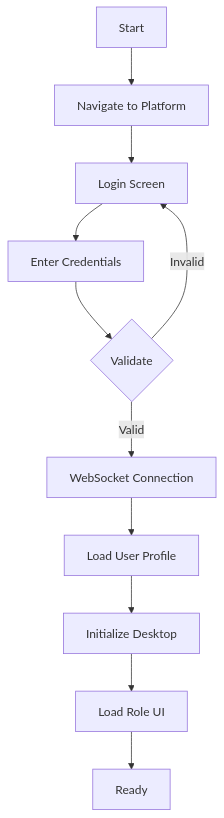
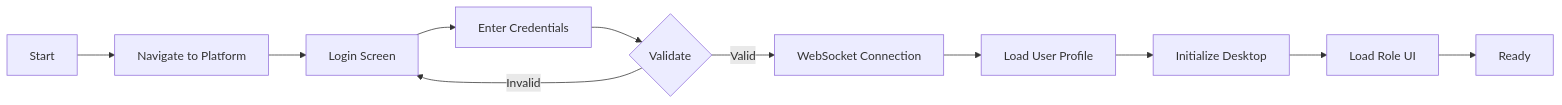
The first of 9 diagrams in docs/SEN3781_Assignment4_Information_Architecture_Report.md (RoundRobinHood/cogniflight-cloud), drawn with Mermaid before and after one commit. The commit also changed other lines of this file, not shown here.

Commit message:
made diagrams to move horizontally

````diff
--- a/docs/SEN3781_Assignment4_Information_Architecture_Report.md
+++ b/docs/SEN3781_Assignment4_Information_Architecture_Report.md
@@ -134,13 +134,13 @@
 ```mermaid
-flowchart TD
+flowchart LR
     A[Start] --> B[Navigate to Platform]
     B --> C[Login Screen]
     C --> D[Enter Credentials]
     D --> E{Validate}
     E -->|Valid| F[WebSocket Connection]
     E -->|Invalid| C
     F --> G[Load User Profile]
     G --> H[Initialize Desktop]
     H --> I[Load Role UI]
     I --> J[Ready]
 ```
````
